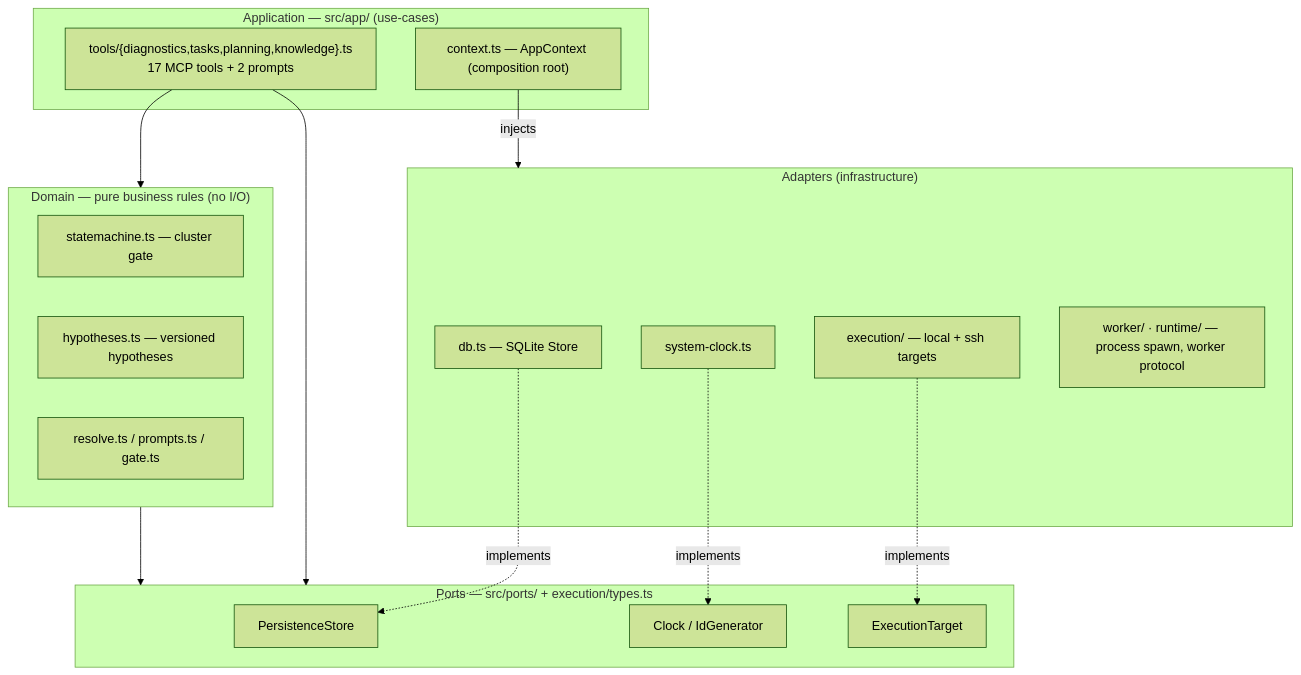
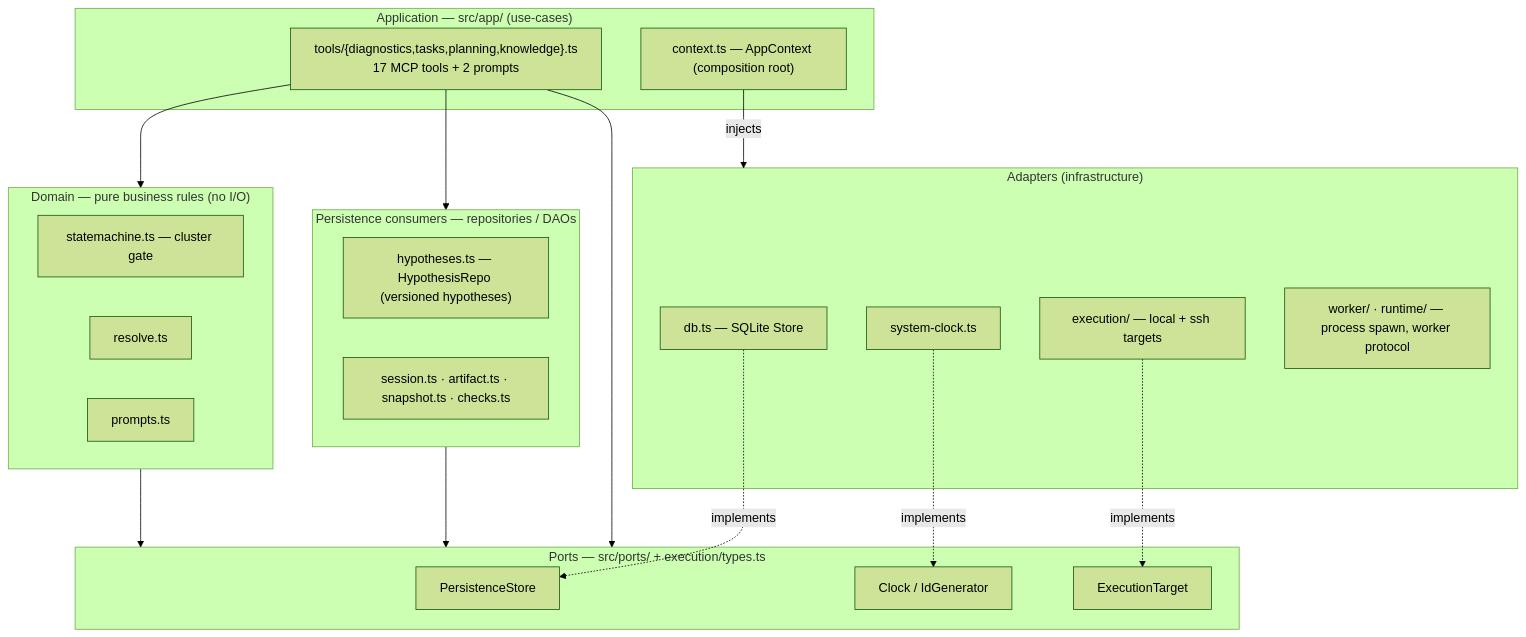
One commit to tomtastisch/codex-orchestrator changed the first of 3 diagrams in docs/architecture.md. Above: the diagram before and after it, drawn with Mermaid (forest theme). The commit also changed 5 other files, not shown here.

First line of the commit message:
test(architecture): make boundary + surface guards complete and self-proving (#33)

````diff
--- a/docs/architecture.md
+++ b/docs/architecture.md
@@ -21,34 +21,41 @@
 ```mermaid
 flowchart TD
     subgraph app["Application — src/app/ (use-cases)"]
         Tools["tools/{diagnostics,tasks,planning,knowledge}.ts<br/>17 MCP tools + 2 prompts"]
         Ctx["context.ts — AppContext (composition root)"]
     end
 
     subgraph domain["Domain — pure business rules (no I/O)"]
         SM["statemachine.ts — cluster gate"]
-        HY["hypotheses.ts — versioned hypotheses"]
-        RS["resolve.ts / prompts.ts / gate.ts"]
+        RS["resolve.ts"]
+        PR["prompts.ts"]
+    end
+
+    subgraph repos["Persistence consumers — repositories / DAOs"]
+        HY["hypotheses.ts — HypothesisRepo (versioned hypotheses)"]
+        OTH["session.ts · artifact.ts · snapshot.ts · checks.ts"]
     end
 
     subgraph ports["Ports — src/ports/ + execution/types.ts"]
         PS["PersistenceStore"]
         CK["Clock / IdGenerator"]
         ET["ExecutionTarget"]
     end
 
     subgraph adapters["Adapters (infrastructure)"]
         DB["db.ts — SQLite Store"]
         SC["system-clock.ts"]
         EX["execution/ — local + ssh targets"]
         WK["worker/ · runtime/ — process spawn, worker protocol"]
     end
 
     Tools --> domain
+    Tools --> repos
     Tools --> ports
     domain --> ports
+    repos --> ports
     Ctx -->|injects| adapters
     DB -. implements .-> PS
     SC -. implements .-> CK
     EX -. implements .-> ET
 ```
````
